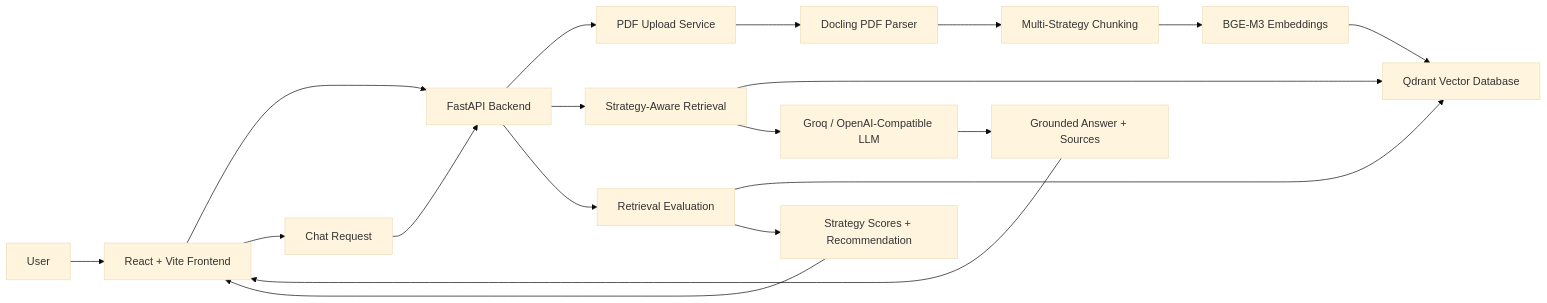
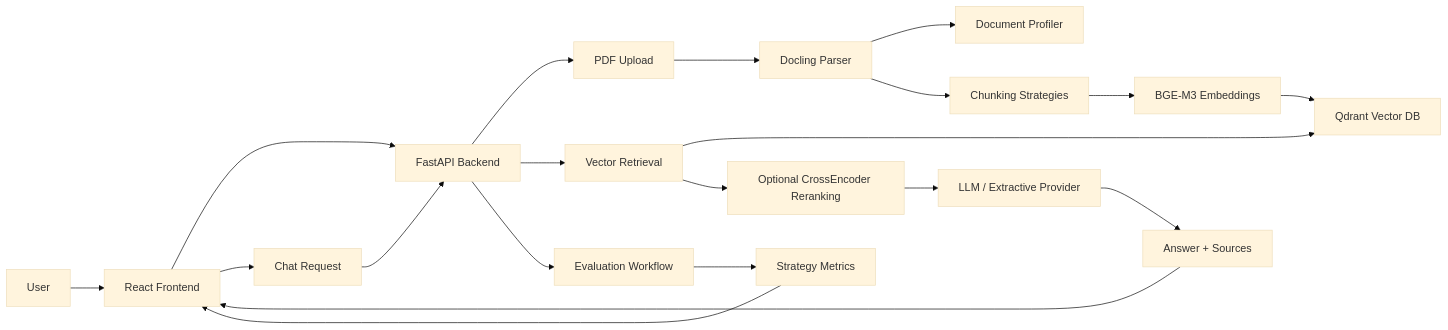
Before and after one commit to AmitaKashid/document-intelligence-rag-platform: the diagram in README.md, drawn with Mermaid (base theme). The commit also changed other lines of this file, not shown here.

````diff
--- a/README.md
+++ b/README.md
@@ -57,25 +44,26 @@
 ```mermaid
 flowchart LR
-    U[User] --> FE[React + Vite Frontend]
+    U[User] --> FE[React Frontend]
     FE --> API[FastAPI Backend]
 
-    API --> Upload[PDF Upload Service]
-    Upload --> Parse[Docling PDF Parser]
-    Parse --> Chunk[Multi-Strategy Chunking]
+    API --> UP[PDF Upload]
+    UP --> PARSE[Docling Parser]
+    PARSE --> PROFILE[Document Profiler]
+    PARSE --> CHUNK[Chunking Strategies]
 
-    Chunk --> Emb[BGE-M3 Embeddings]
-    Emb --> Vec[Qdrant Vector Database]
+    CHUNK --> EMB[BGE-M3 Embeddings]
+    EMB --> QDRANT[Qdrant Vector DB]
 
-    FE --> Chat[Chat Request]
-    Chat --> API
-    API --> Retrieve[Strategy-Aware Retrieval]
-    Retrieve --> Vec
-    Retrieve --> LLM[Groq / OpenAI-Compatible LLM]
-    LLM --> Answer[Grounded Answer + Sources]
-    Answer --> FE
+    FE --> CHAT[Chat Request]
+    CHAT --> API
+    API --> RETRIEVE[Vector Retrieval]
+    RETRIEVE --> QDRANT
+    RETRIEVE --> RERANK[Optional CrossEncoder Reranking]
+    RERANK --> LLM[LLM / Extractive Provider]
+    LLM --> ANSWER[Answer + Sources]
+    ANSWER --> FE
 
-    API --> Eval[Retrieval Evaluation]
-    Eval --> Vec
-    Eval --> Scores[Strategy Scores + Recommendation]
-    Scores --> FE
+    API --> EVAL[Evaluation Workflow]
+    EVAL --> SCORES[Strategy Metrics]
+    SCORES --> FE
 ```
````
